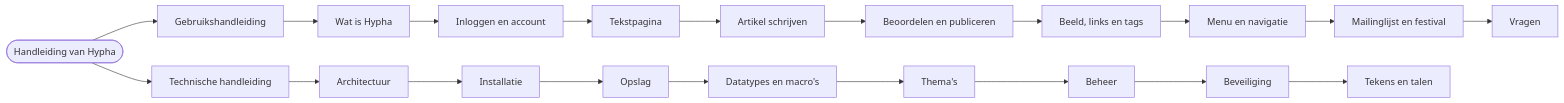
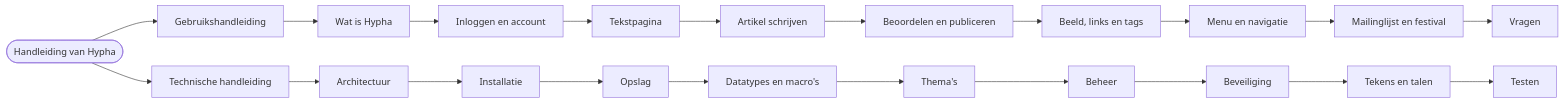
The diagram in docs/handleiding/index.md (guidol-ive/hypha), drawn with Mermaid before and after one commit. The commit also changed other lines of this file and 1 other file, not shown here.

Commit message:
docs: Testing as a developer in the handbook
A Dutch page in the technical handbook that explains, step by step, how a developer runs
the tests: unit, integration and browser tests per PHP version, the installer, the golden
dataset, the known-bug tests with known / FIXED? / FAIL, deprecations and release
candidates, and the usual problems (macOS bind mount, a stale image, Chrome, ports).

````diff
--- a/docs/handleiding/index.md
+++ b/docs/handleiding/index.md
@@ -26,9 +26,9 @@
 ```mermaid
 flowchart LR
     start([Handleiding van Hypha]) --> gebruik[Gebruikshandleiding]
     start --> techniek[Technische handleiding]
     gebruik --> g1[Wat is Hypha] --> g2[Inloggen en account] --> g3[Tekstpagina] --> g4[Artikel schrijven] --> g5[Beoordelen en publiceren]
     g5 --> g6[Beeld, links en tags] --> g7[Menu en navigatie] --> g8[Mailinglijst en festival] --> g9[Vragen]
     techniek --> t1[Architectuur] --> t2[Installatie] --> t3[Opslag] --> t4[Datatypes en macro's]
-    t4 --> t5[Thema's] --> t6[Beheer] --> t7[Beveiliging] --> t8[Tekens en talen]
+    t4 --> t5[Thema's] --> t6[Beheer] --> t7[Beveiliging] --> t8[Tekens en talen] --> t9[Testen]
 ```
````
